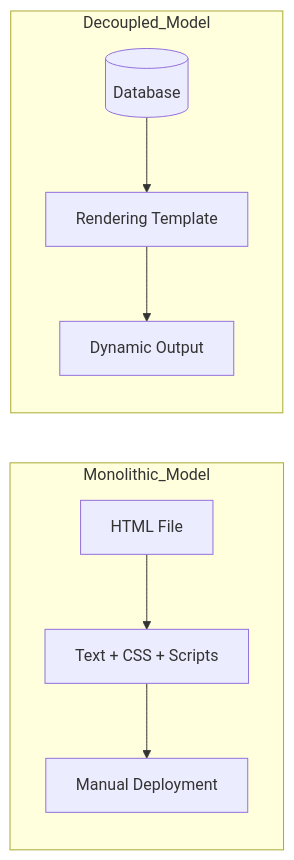
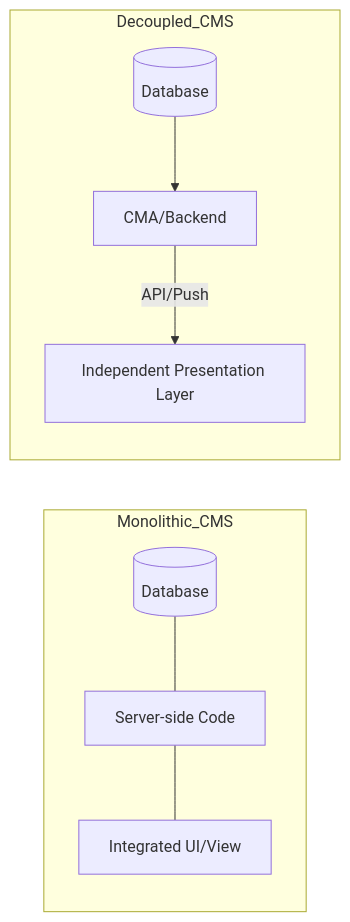
Before and after one commit to vaishvanara/techwritingkb: the second of 2 diagrams in docs/industry-terms/content-management-system.md, drawn with Mermaid. The commit also changed other lines of this file and 51 other files, not shown here.

````diff
--- a/docs/industry-terms/content-management-system.md
+++ b/docs/industry-terms/content-management-system.md
@@ -55,12 +55,12 @@
 ```mermaid
 graph LR
-    subgraph Monolithic_Model
-    M1[HTML File] --> M2[Text + CSS + Scripts]
-    M2 --> M3[Manual Deployment]
+    subgraph Monolithic_CMS
+    M1[(Database)] --- M2[Server-side Code]
+    M2 --- M3[Integrated UI/View]
     end
 
-    subgraph Decoupled_Model
-    D1[(Database)] --> D2[Rendering Template]
-    D2 --> D3[Dynamic Output]
+    subgraph Decoupled_CMS
+    D1[(Database)] --> D2[CMA/Backend]
+    D2 -->|API/Push| D3[Independent Presentation Layer]
     end
 ```
````
